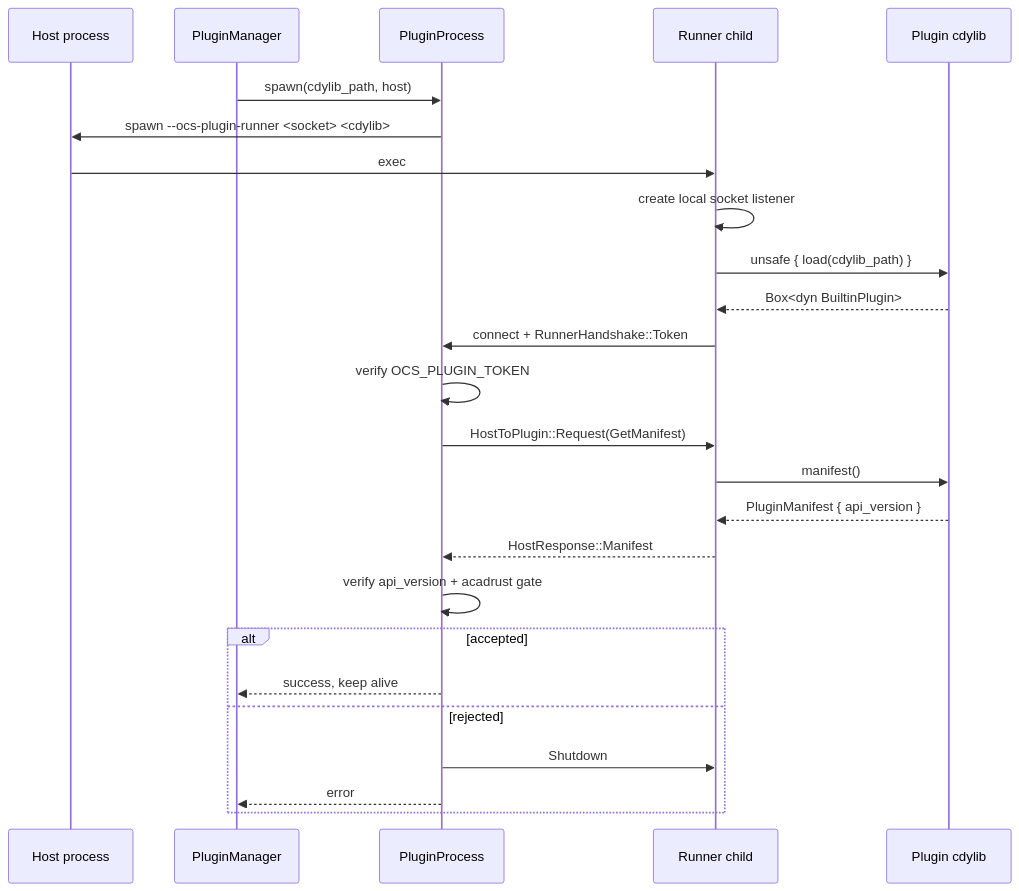
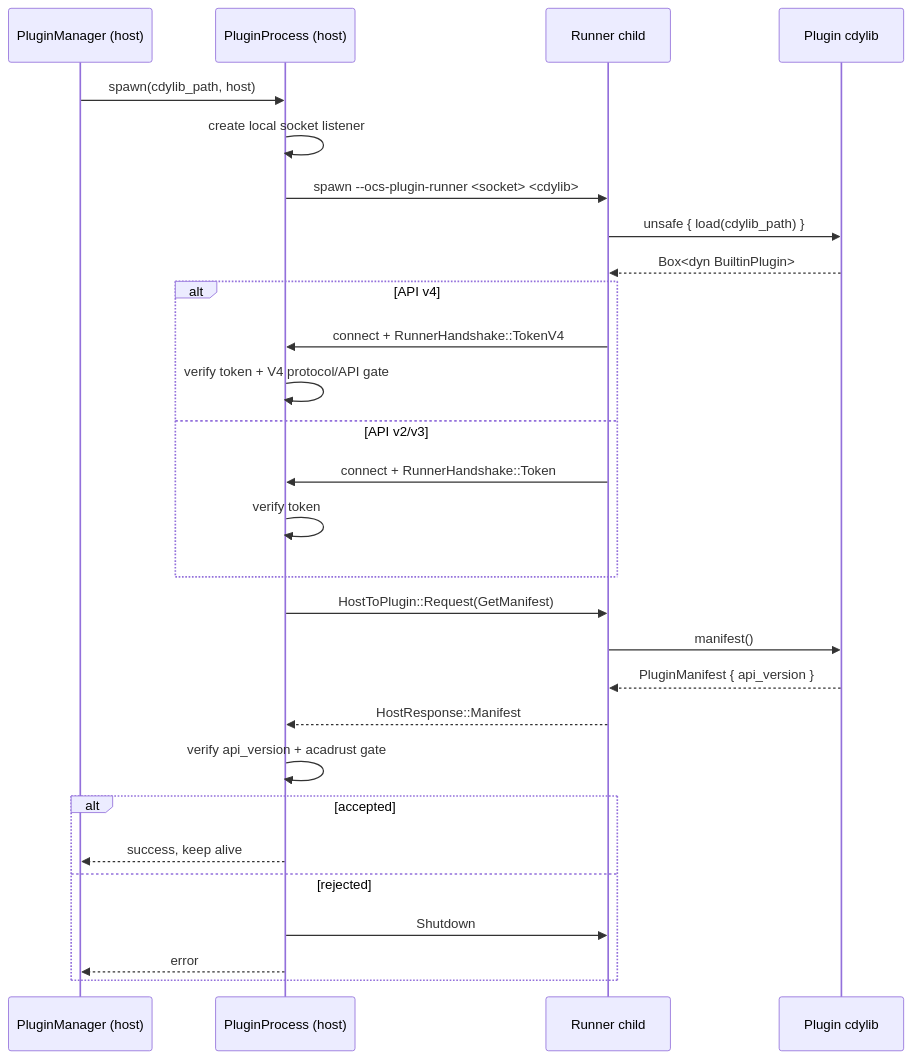
The first of 4 diagrams in crates/ocs_plugin_api/ARCHITECTURE.md (HakanSeven12/OpenCADStudio), drawn with Mermaid before and after one commit.

Commit message:
docs(plugin): fix runner connection flow

````diff
--- a/crates/ocs_plugin_api/ARCHITECTURE.md
+++ b/crates/ocs_plugin_api/ARCHITECTURE.md
@@ -62,28 +62,31 @@
 ```mermaid
 sequenceDiagram
-    participant H as Host process
-    participant PM as PluginManager
-    participant PP as PluginProcess
+    participant PM as PluginManager (host)
+    participant PP as PluginProcess (host)
     participant R as Runner child
     participant L as Plugin cdylib
 
     PM->>PP: spawn(cdylib_path, host)
-    PP->>H: spawn --ocs-plugin-runner <socket> <cdylib>
-    H->>R: exec
-    R->>R: create local socket listener
+    PP->>PP: create local socket listener
+    PP->>R: spawn --ocs-plugin-runner <socket> <cdylib>
     R->>L: unsafe { load(cdylib_path) }
     L-->>R: Box<dyn BuiltinPlugin>
-    R->>PP: connect + RunnerHandshake::Token
-    PP->>PP: verify OCS_PLUGIN_TOKEN
+    alt API v4
+        R->>PP: connect + RunnerHandshake::TokenV4
+        PP->>PP: verify token + V4 protocol/API gate
+    else API v2/v3
+        R->>PP: connect + RunnerHandshake::Token
+        PP->>PP: verify token
+    end
     PP->>R: HostToPlugin::Request(GetManifest)
     R->>L: manifest()
     L-->>R: PluginManifest { api_version }
     R-->>PP: HostResponse::Manifest
     PP->>PP: verify api_version + acadrust gate
     alt accepted
         PP-->>PM: success, keep alive
     else rejected
         PP->>R: Shutdown
         PP-->>PM: error
     end
 ```
````
